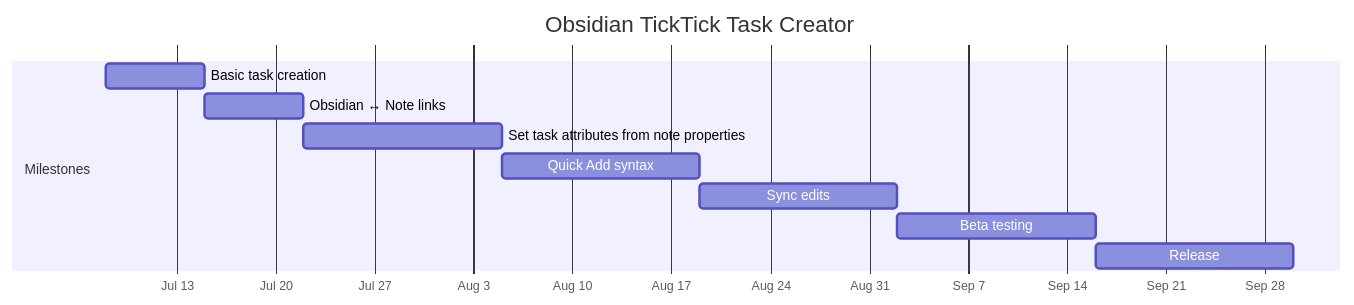
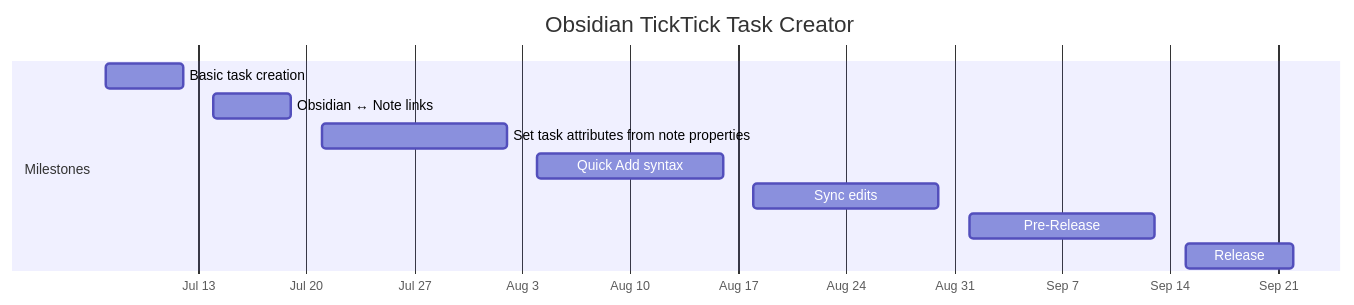
One commit to shorian/obsidian-ticktick-task-creator changed the diagram in Planning Docs/Milestones.md. Above: the diagram before and after it, drawn with Mermaid. The commit also changed other lines of this file and 1 other file, not shown here.

Commit message:
Created project plan, minor edits to Milestones

````diff
--- a/Planning Docs/Milestones.md
+++ b/Planning Docs/Milestones.md
@@ -19,15 +19,15 @@
 ```mermaid
 gantt
     title Obsidian TickTick Task Creator
     dateformat YYYY-MM-DD
     axisFormat %b %e
 
     section Milestones
-        Basic task creation   :a, 2025-07-08, 7d
-        Obsidian ↔ Note links :b, after a, 7d
-        Set task attributes from note properties :c, after b, 14d
-        Quick Add syntax :d, after c,14d
-        Sync edits :e, after d, 14d
-        Beta testing :f, after e, 14d
-        Release :after f, 14d
+        Basic task creation   :a, 2025-07-07, 5d
+        Obsidian ↔ Note links :b, 2025-07-14, 5d
+        Set task attributes from note properties :c, 2025-07-21, 12d
+        Quick Add syntax :d, 2025-08-04, 12d
+        Sync edits :e, 2025-08-18, 12d
+        Pre-Release :f, 2025-09-01, 12d
+        Release :g, 2025-09-15, 7d
 ```
````
